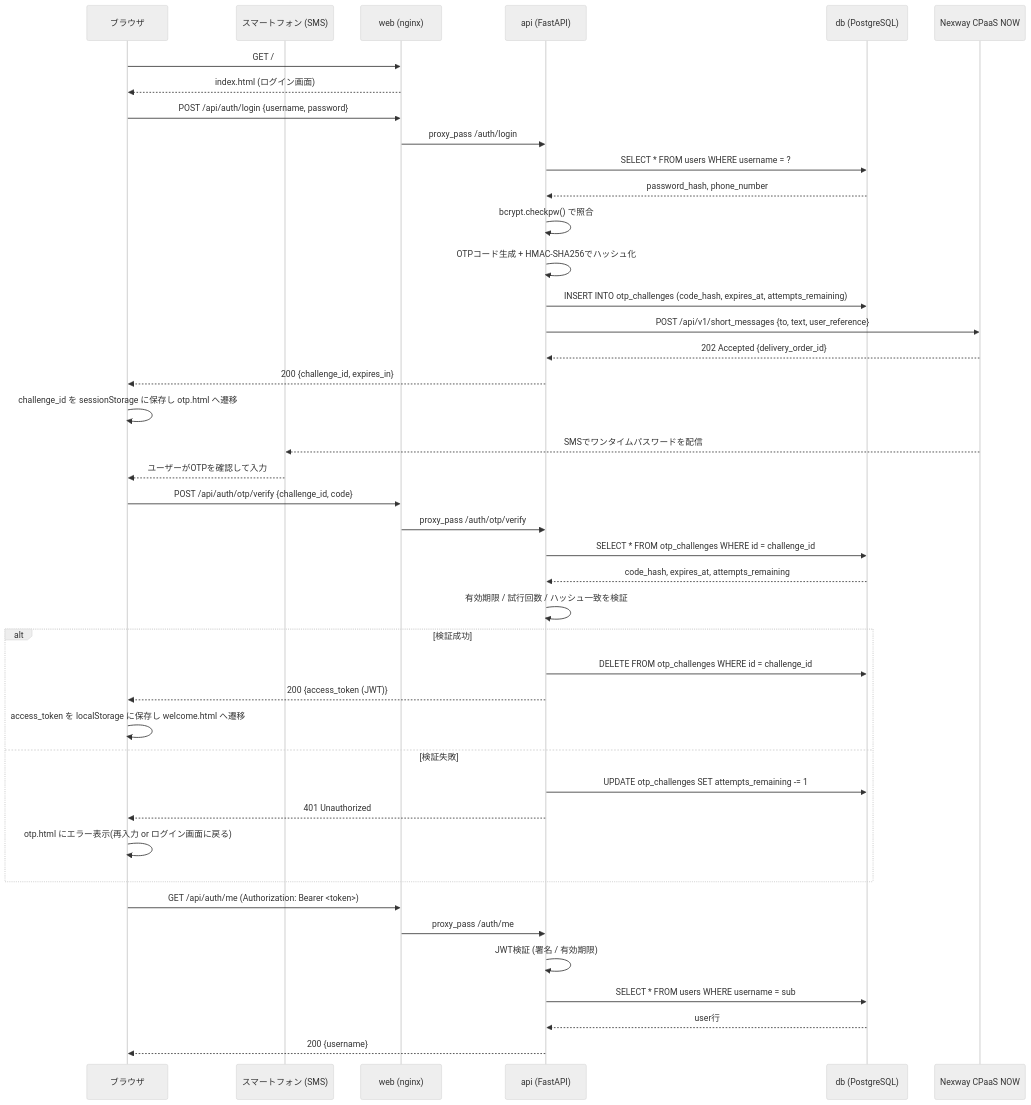
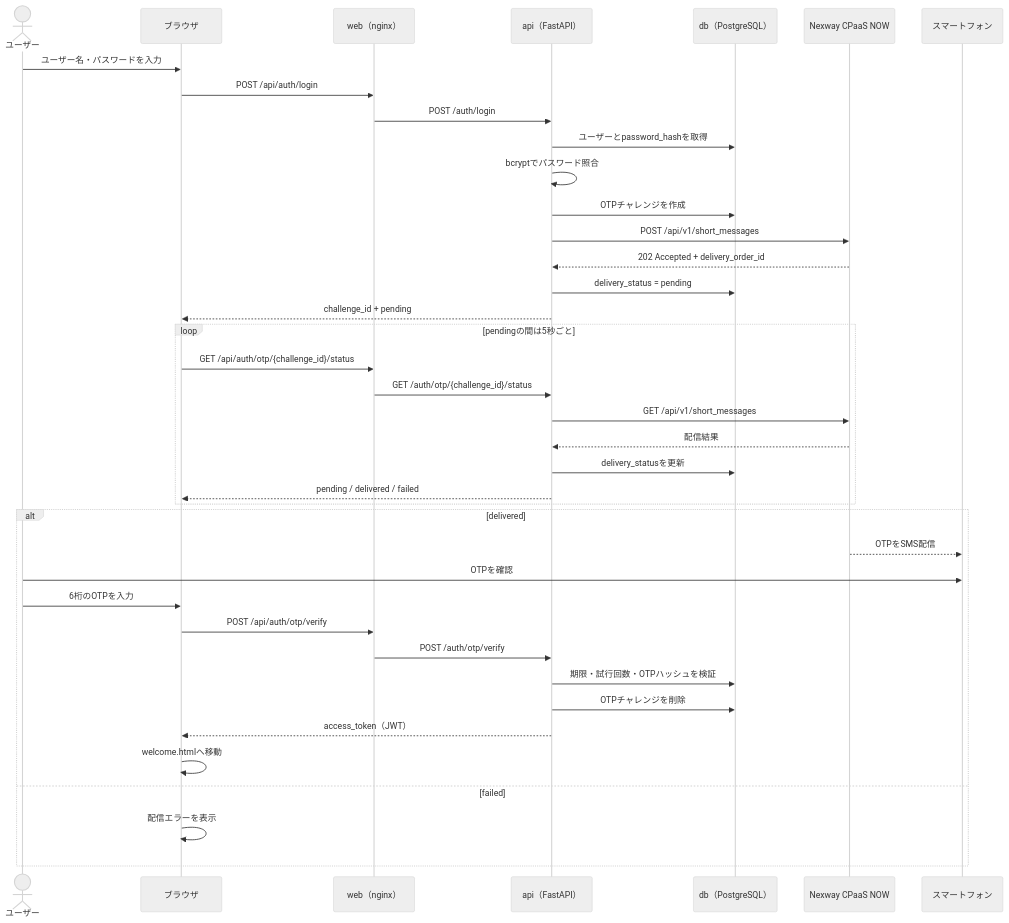
The second of 2 diagrams in README.md (Fu11erene/ip3-hackathon), drawn with Mermaid (neutral theme) before and after one commit. The commit also changed other lines of this file and 5 other files, not shown here.

````diff
--- a/README.md
+++ b/README.md
@@ -60,49 +107,44 @@
 ```mermaid
 sequenceDiagram
-    participant U as ブラウザ
-    participant S as スマートフォン (SMS)
-    participant W as web (nginx)
-    participant A as api (FastAPI)
-    participant D as db (PostgreSQL)
+    actor U as ユーザー
+    participant B as ブラウザ
+    participant W as web（nginx）
+    participant A as api（FastAPI）
+    participant D as db（PostgreSQL）
     participant N as Nexway CPaaS NOW
+    participant P as スマートフォン
 
-    U->>W: GET /
-    W-->>U: index.html (ログイン画面)
+    U->>B: ユーザー名・パスワードを入力
+    B->>W: POST /api/auth/login
+    W->>A: POST /auth/login
+    A->>D: ユーザーとpassword_hashを取得
+    A->>A: bcryptでパスワード照合
+    A->>D: OTPチャレンジを作成
+    A->>N: POST /api/v1/short_messages
+    N-->>A: 202 Accepted + delivery_order_id
+    A->>D: delivery_status = pending
+    A-->>B: challenge_id + pending
 
-    U->>W: POST /api/auth/login {username, password}
-    W->>A: proxy_pass /auth/login
-    A->>D: SELECT * FROM users WHERE username = ?
-    D-->>A: password_hash, phone_number
-    A->>A: bcrypt.checkpw() で照合
-    A->>A: OTPコード生成 + HMAC-SHA256でハッシュ化
-    A->>D: INSERT INTO otp_challenges (code_hash, expires_at, attempts_remaining)
-    A->>N: POST /api/v1/short_messages {to, text, user_reference}
-    N-->>A: 202 Accepted {delivery_order_id}
-    A-->>U: 200 {challenge_id, expires_in}
-    U->>U: challenge_id を sessionStorage に保存し otp.html へ遷移
-
-    N-->>S: SMSでワンタイムパスワードを配信
-    S-->>U: ユーザーがOTPを確認して入力
-
-    U->>W: POST /api/auth/otp/verify {challenge_id, code}
-    W->>A: proxy_pass /auth/otp/verify
-    A->>D: SELECT * FROM otp_challenges WHERE id = challenge_id
-    D-->>A: code_hash, expires_at, attempts_remaining
-    A->>A: 有効期限 / 試行回数 / ハッシュ一致を検証
-    alt 検証成功
-        A->>D: DELETE FROM otp_challenges WHERE id = challenge_id
-        A-->>U: 200 {access_token (JWT)}
-        U->>U: access_token を localStorage に保存し welcome.html へ遷移
-    else 検証失敗
-        A->>D: UPDATE otp_challenges SET attempts_remaining -= 1
-        A-->>U: 401 Unauthorized
-        U->>U: otp.html にエラー表示(再入力 or ログイン画面に戻る)
+    loop pendingの間は5秒ごと
+        B->>W: GET /api/auth/otp/{challenge_id}/status
+        W->>A: GET /auth/otp/{challenge_id}/status
+        A->>N: GET /api/v1/short_messages
+        N-->>A: 配信結果
+        A->>D: delivery_statusを更新
+        A-->>B: pending / delivered / failed
     end
 
-    U->>W: GET /api/auth/me (Authorization: Bearer <token>)
-    W->>A: proxy_pass /auth/me
-    A->>A: JWT検証 (署名 / 有効期限)
-    A->>D: SELECT * FROM users WHERE username = sub
-    D-->>A: user行
-    A-->>U: 200 {username}
+    alt delivered
+        N-->>P: OTPをSMS配信
+        U->>P: OTPを確認
+        U->>B: 6桁のOTPを入力
+        B->>W: POST /api/auth/otp/verify
+        W->>A: POST /auth/otp/verify
+        A->>D: 期限・試行回数・OTPハッシュを検証
+        A->>D: OTPチャレンジを削除
+        A-->>B: access_token（JWT）
+        B->>B: welcome.htmlへ移動
+    else failed
+        B->>B: 配信エラーを表示
+    end
 ```
````
